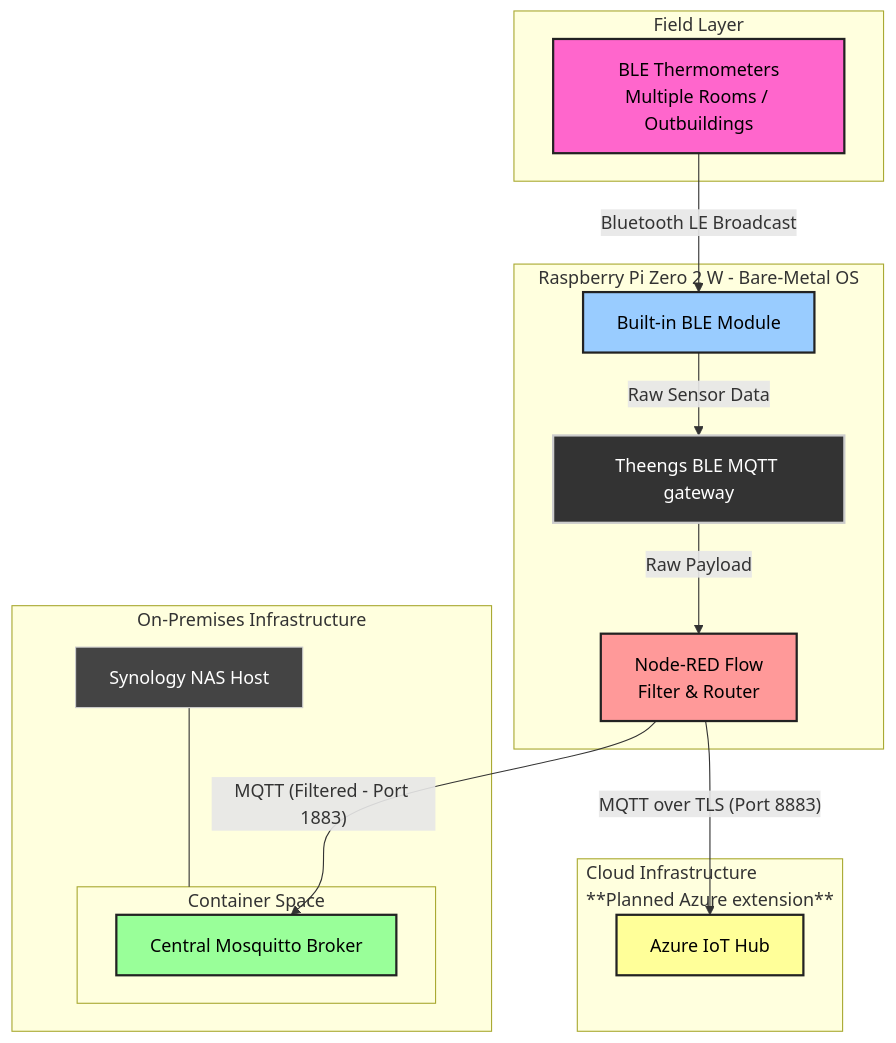
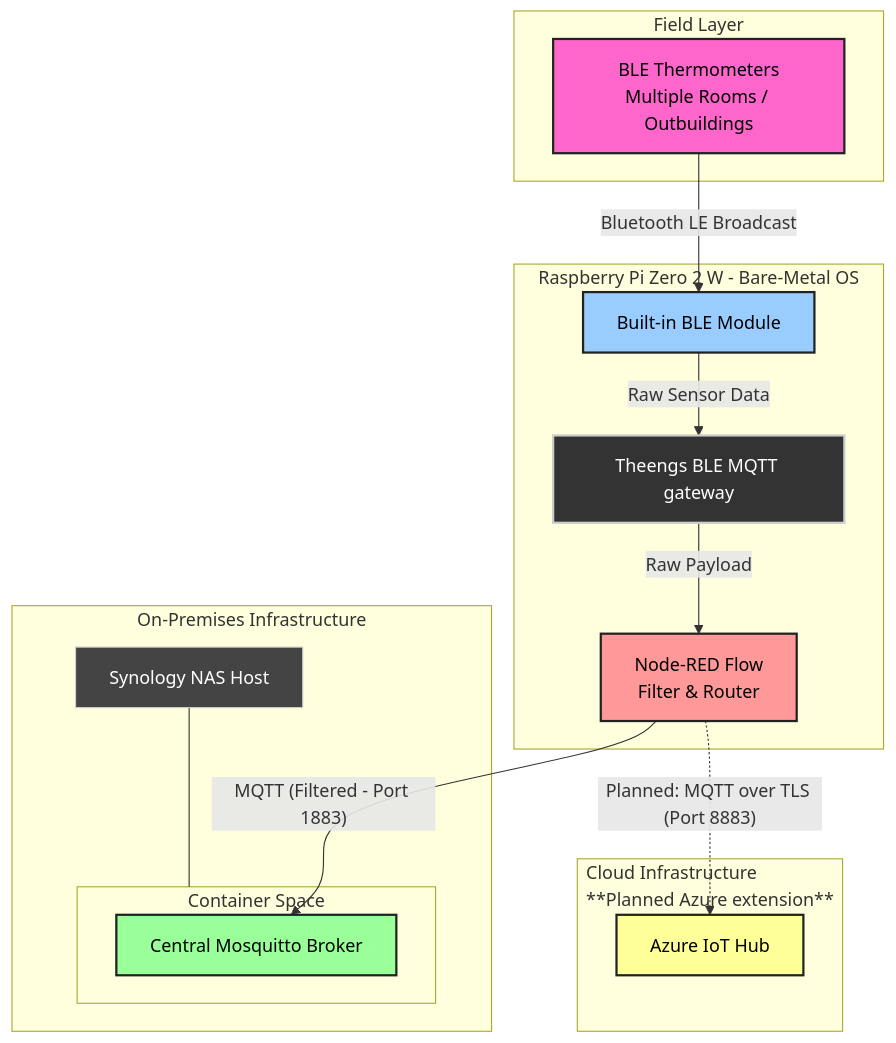
The diagram in README.md (dkazubek/BTGateway), drawn with Mermaid before and after one commit. The commit also changed other lines of this file and 2 other files, not shown here.

````diff
--- a/README.md
+++ b/README.md
@@ -19,42 +19,42 @@
 ```mermaid
 graph TD
     subgraph Sensors [Field Layer]
         BT[BLE Thermometers<br/>Multiple Rooms / Outbuildings]
     end
 
     subgraph Edge_Gateway [Raspberry Pi Zero 2 W - Bare-Metal OS]
         BTM[Built-in BLE Module]
         PY[Theengs BLE MQTT gateway]
 
         NR[Node-RED Flow<br/>Filter & Router]
 
         BT -- "Bluetooth LE Broadcast" --> BTM
         BTM -- Raw Sensor Data --> PY
         PY -- "Raw Payload" --> NR
     end
 
     subgraph Local_Storage [On-Premises Infrastructure]
         NAS[Synology NAS Host]
         subgraph Docker_Engine [Container Space]
             MQ[Central Mosquitto Broker]
         end
         NAS --- Docker_Engine
     end
 
     subgraph Cloud_Storage [Cloud Infrastructure</br>**Planned Azure extension**]
         AZ[Azure IoT Hub]
     end
 
     %% Data Pipeline Paths
     NR -- "MQTT (Filtered - Port 1883)" --> MQ
-    NR -- "MQTT over TLS (Port 8883)" --> AZ
+    NR -. "Planned: MQTT over TLS (Port 8883)" .-> AZ
 
     %% High-Contrast Styling Realignment
     style BT fill:#ff66cc,stroke:#222,stroke-width:2px,color:#000000
     style BTM fill:#99ccff,stroke:#222,stroke-width:2px,color:#000000
     style PY fill:#333333,stroke:#ccc,stroke-width:2px,color:#ffffff
     style NR fill:#ff9999,stroke:#222,stroke-width:2px,color:#000000
     style NAS fill:#444444,stroke:#ccc,stroke-width:1px,color:#ffffff
     style MQ fill:#99ff99,stroke:#222,stroke-width:2px,color:#000000
     style AZ fill:#ffff99,stroke:#222,stroke-width:2px,color:#000000
 ```
````
